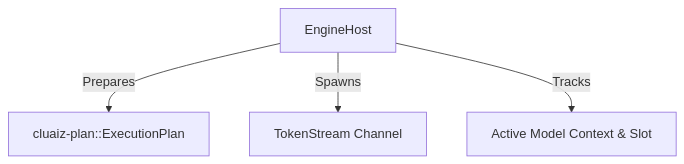
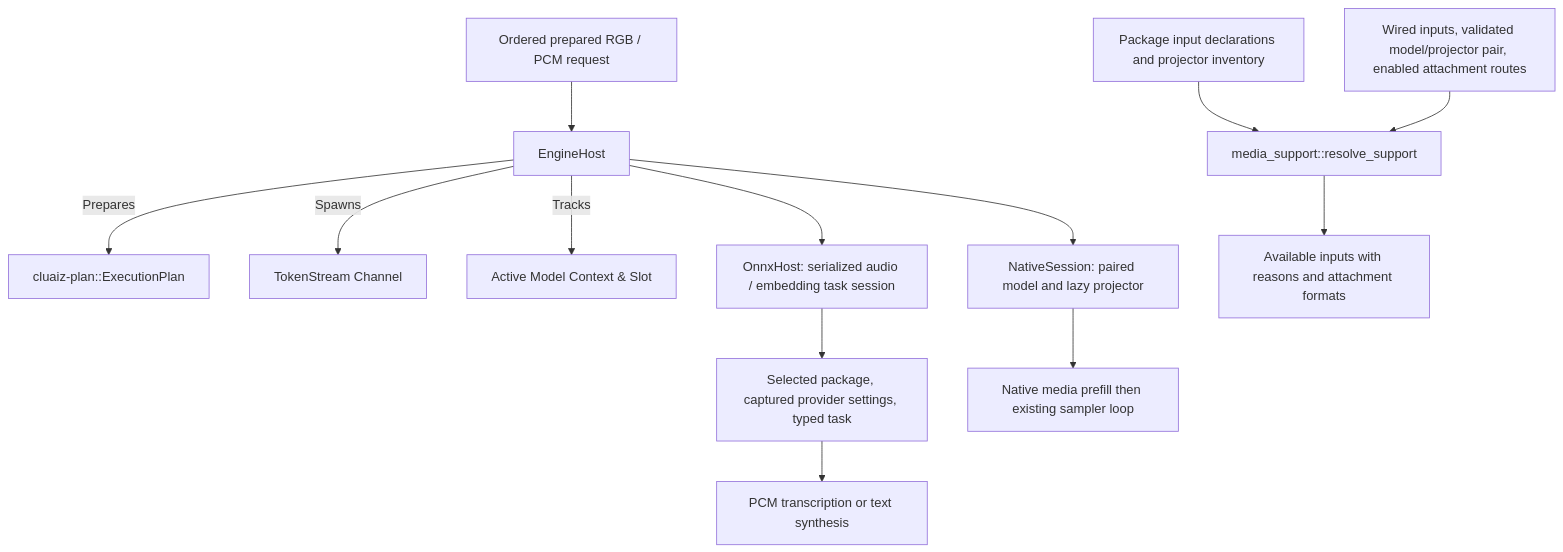
One commit to cluaiz/cluaiz changed the diagram in engine/runtime/README.md. Above: the diagram before and after it, drawn with Mermaid. The commit also changed other lines of this file and 8 other files, not shown here.

Commit message:
feat(engine/runtime): implement media memory budgeting, planner estimation, and unified host

````diff
--- a/engine/runtime/README.md
+++ b/engine/runtime/README.md
@@ -7,6 +7,15 @@
 ```mermaid
 graph TD
-    A[EngineHost] -->|Prepares| B[cluaiz-plan::ExecutionPlan]
-    A -->|Spawns| C[TokenStream Channel]
-    A -->|Tracks| D[Active Model Context & Slot]
+    A["EngineHost"] -->|Prepares| B["cluaiz-plan::ExecutionPlan"]
+    A -->|Spawns| C["TokenStream Channel"]
+    A -->|Tracks| D["Active Model Context & Slot"]
+    A --> S["NativeSession: paired model and lazy projector"]
+    A --> O["OnnxHost: serialized audio / embedding task session"]
+    O --> P["Selected package, captured provider settings, typed task"]
+    P --> Q["PCM transcription or text synthesis"]
+    R["Ordered prepared RGB / PCM request"] --> A
+    S --> T["Native media prefill then existing sampler loop"]
+    E["Package input declarations and projector inventory"] --> F["media_support::resolve_support"]
+    G["Wired inputs, validated model/projector pair, enabled attachment routes"] --> F
+    F --> H["Available inputs with reasons and attachment formats"]
 ```
````
